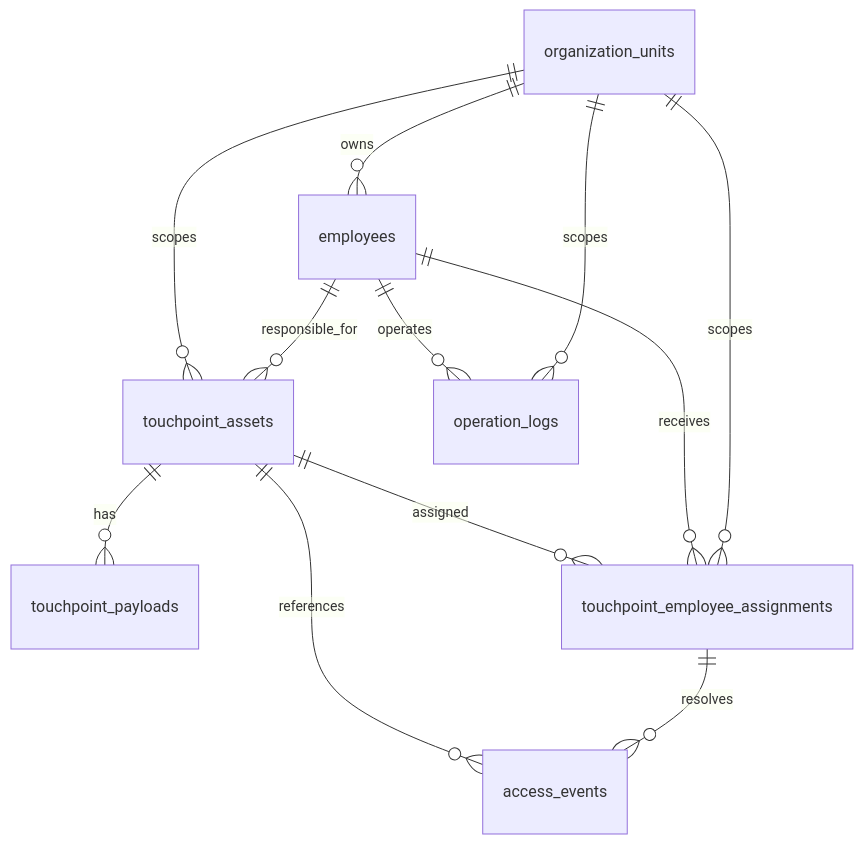
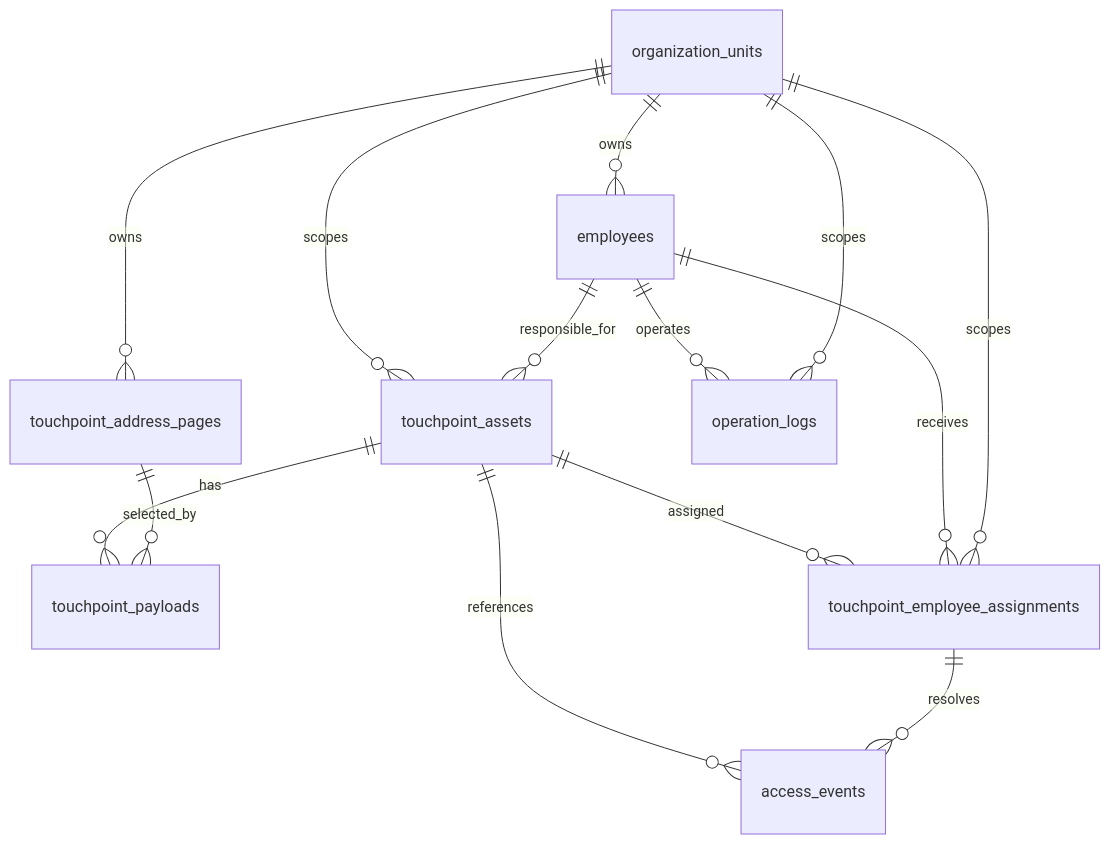
The diagram in 04-database/erd.md (LinkScope1/docs), drawn with Mermaid before and after one commit. The commit also changed other lines of this file and 26 other files, not shown here.

Commit message:
docs(m3): document reusable address pages

```diff
--- a/04-database/erd.md
+++ b/04-database/erd.md
@@ -5,14 +5,16 @@
 ~~~mermaid
 erDiagram
   organization_units ||--o{ employees : owns
   organization_units ||--o{ touchpoint_assets : scopes
   employees ||--o{ touchpoint_assets : responsible_for
   touchpoint_assets ||--o{ touchpoint_payloads : has
+  organization_units ||--o{ touchpoint_address_pages : owns
+  touchpoint_address_pages ||--o{ touchpoint_payloads : selected_by
   touchpoint_assets ||--o{ touchpoint_employee_assignments : assigned
   employees ||--o{ touchpoint_employee_assignments : receives
   organization_units ||--o{ touchpoint_employee_assignments : scopes
   touchpoint_assets ||--o{ access_events : references
   touchpoint_employee_assignments ||--o{ access_events : resolves
   employees ||--o{ operation_logs : operates
   organization_units ||--o{ operation_logs : scopes
 ~~~
```
